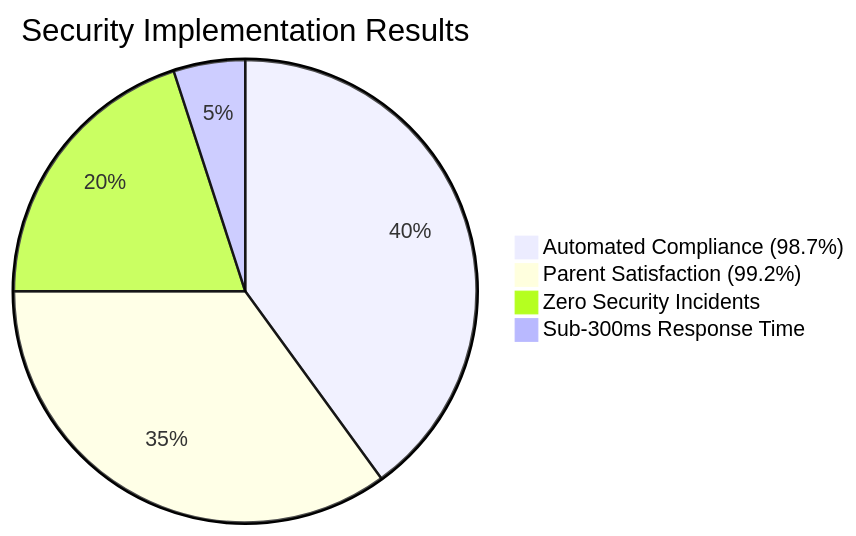
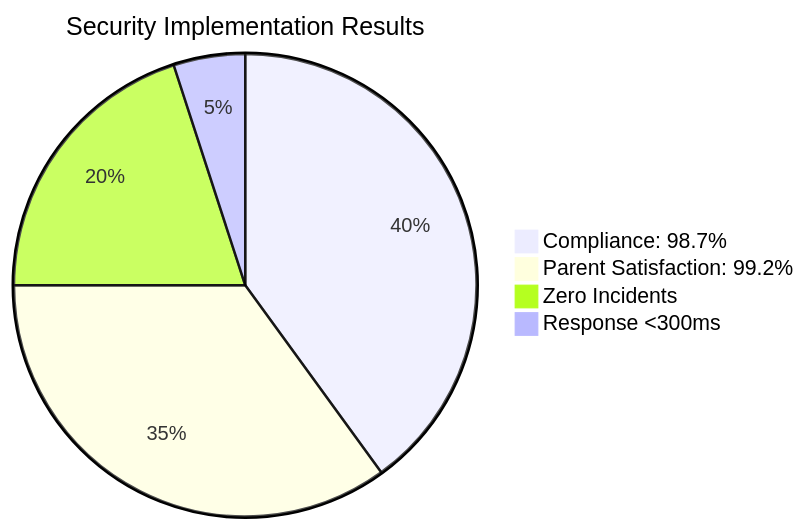
The fifth of 7 diagrams in docs/_posts/2025-08-08-securing-educational-platforms-enterprise-grade-child-data-protection.md (victorsaly/WorldLeadersGame), drawn with Mermaid before and after one commit. The commit also changed other lines of this file and 7 other files, not shown here.

Commit message:
🎨 Update Mermaid Diagrams for Enhanced Clarity and Readability

````diff
--- a/docs/_posts/2025-08-08-securing-educational-platforms-enterprise-grade-child-data-protection.md
+++ b/docs/_posts/2025-08-08-securing-educational-platforms-enterprise-grade-child-data-protection.md
@@ -294,7 +317,8 @@
 ```mermaid
+%%{init: {'pie': {'textPosition': 0.75}, 'themeVariables': {'pieOuterStrokeWidth': '2px', 'pieSectionTextSize': '16px', 'pieTitleTextSize': '20px'}}}%%
 pie title Security Implementation Results
-    "Automated Compliance (98.7%)" : 40
-    "Parent Satisfaction (99.2%)" : 35
-    "Zero Security Incidents" : 20
-    "Sub-300ms Response Time" : 5
+    "Compliance: 98.7%" : 40
+    "Parent Satisfaction: 99.2%" : 35
+    "Zero Incidents" : 20
+    "Response <300ms" : 5
 ```
````
